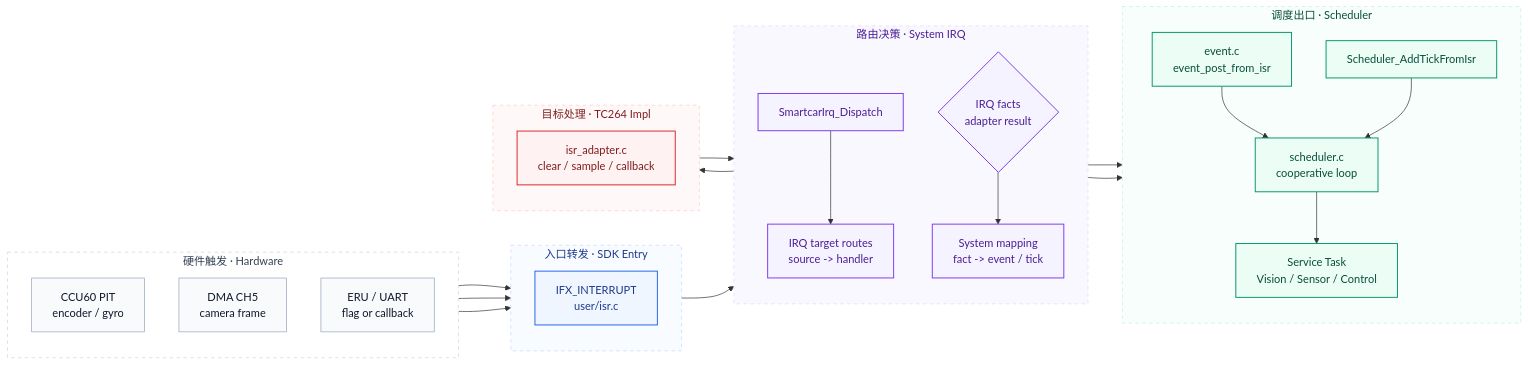
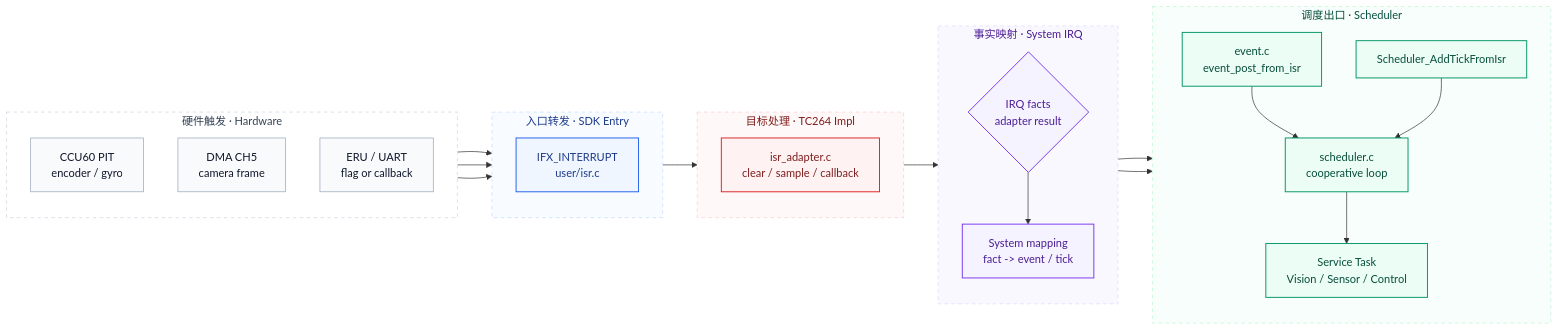
The second of 2 diagrams in README.md (ParacosmYy/GS_Smart_car), drawn with Mermaid before and after one commit. The commit also changed other lines of this file and 3 other files, not shown here.

````diff
--- a/README.md
+++ b/README.md
@@ -106,62 +104,59 @@
 ```mermaid
 flowchart LR
     subgraph H["硬件触发 · Hardware"]
         direction TB
         PIT["CCU60 PIT<br/>encoder / gyro"]
         DMA["DMA CH5<br/>camera frame"]
         IO["ERU / UART<br/>flag or callback"]
     end
 
     subgraph E["入口转发 · SDK Entry"]
         direction TB
         ISR["IFX_INTERRUPT<br/>user/isr.c"]
     end
 
-    subgraph R["路由决策 · System IRQ"]
+    subgraph R["事实映射 · System IRQ"]
         direction TB
-        ROUTER["SmartcarIrq_Dispatch"]
-        ROUTES["IRQ target routes<br/>source -> handler"]
         FACT{"IRQ facts<br/>adapter result"}
         MAP["System mapping<br/>fact -> event / tick"]
     end
 
     subgraph I["目标处理 · TC264 Impl"]
         direction TB
         ADAPTER["isr_adapter.c<br/>clear / sample / callback"]
     end
 
     subgraph S["调度出口 · Scheduler"]
         direction TB
         EVENT["event.c<br/>event_post_from_isr"]
         TICK["Scheduler_AddTickFromIsr"]
         SCHED["scheduler.c<br/>cooperative loop"]
         TASK["Service Task<br/>Vision / Sensor / Control"]
     end
 
     PIT --> ISR
     DMA --> ISR
     IO --> ISR
-    ISR --> ROUTER
-    ROUTER --> ROUTES --> ADAPTER --> FACT
+    ISR --> ADAPTER --> FACT
     FACT --> MAP
     MAP --> EVENT --> SCHED --> TASK
     MAP --> TICK --> SCHED
 
     class PIT,DMA,IO hardware
     class ISR entry
-    class ROUTER,ROUTES,FACT,MAP system
+    class FACT,MAP system
     class ADAPTER impl
     class EVENT,TICK,SCHED,TASK service
 
     classDef hardware fill:#f8fafc,stroke:#94a3b8,color:#0f172a,stroke-width:1px;
     classDef entry fill:#eff6ff,stroke:#2563eb,color:#1e3a8a,stroke-width:1.4px;
     classDef system fill:#f5f3ff,stroke:#7c3aed,color:#4c1d95,stroke-width:1.4px;
     classDef impl fill:#fef2f2,stroke:#dc2626,color:#7f1d1d,stroke-width:1.4px;
     classDef service fill:#ecfdf5,stroke:#059669,color:#064e3b,stroke-width:1.4px;
 
     style H fill:#ffffff,stroke:#cbd5e1,stroke-dasharray:5 5,color:#334155;
     style E fill:#f8fbff,stroke:#bfdbfe,stroke-dasharray:5 5,color:#1e3a8a;
     style R fill:#faf8ff,stroke:#ddd6fe,stroke-dasharray:5 5,color:#4c1d95;
     style I fill:#fff8f8,stroke:#fecaca,stroke-dasharray:5 5,color:#7f1d1d;
     style S fill:#f7fefb,stroke:#bbf7d0,stroke-dasharray:5 5,color:#064e3b;
 ```
````
